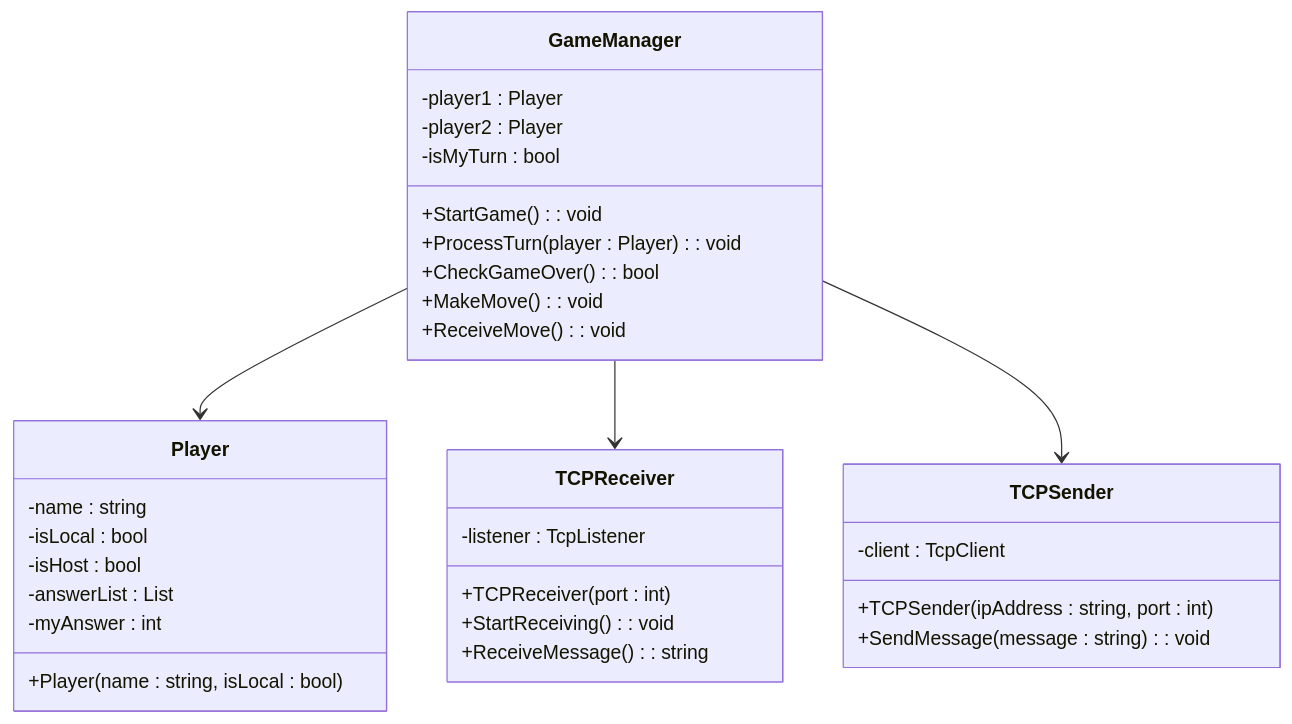
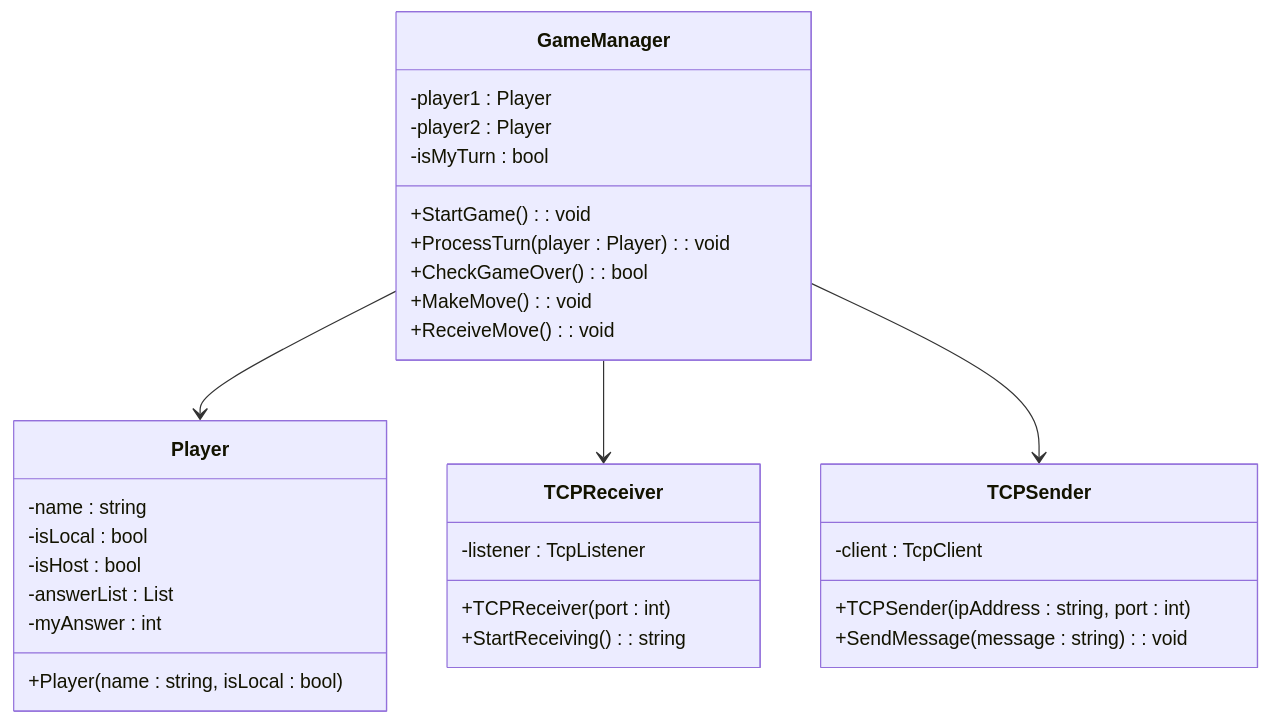
The diagram in README.md (sususuzukikento/BattleGame), drawn with Mermaid before and after one commit. The commit also changed other lines of this file, not shown here.

````diff
--- a/README.md
+++ b/README.md
@@ -37,39 +37,38 @@
 ```mermaid
 classDiagram
     class GameManager {
         -player1 : Player
         -player2 : Player
         -isMyTurn : bool
         +StartGame() : void
         +ProcessTurn(player : Player) : void
         +CheckGameOver() : bool
         +MakeMove() : void
         +ReceiveMove() : void
     }
 
     class TCPReceiver {
         -listener : TcpListener
         +TCPReceiver(port : int)
-        +StartReceiving() : void
-        +ReceiveMessage() : string
+        +StartReceiving() : string
     }
 
     class TCPSender {
         -client : TcpClient
         +TCPSender(ipAddress : string, port : int)
         +SendMessage(message : string) : void
     }
 
     class Player {
         -name : string
         -isLocal : bool
         -isHost : bool
         -answerList : List<int>
         -myAnswer : int
         +Player(name : string, isLocal : bool)
     }
 
     GameManager --> Player
     GameManager --> TCPReceiver
     GameManager --> TCPSender
 ```
````
